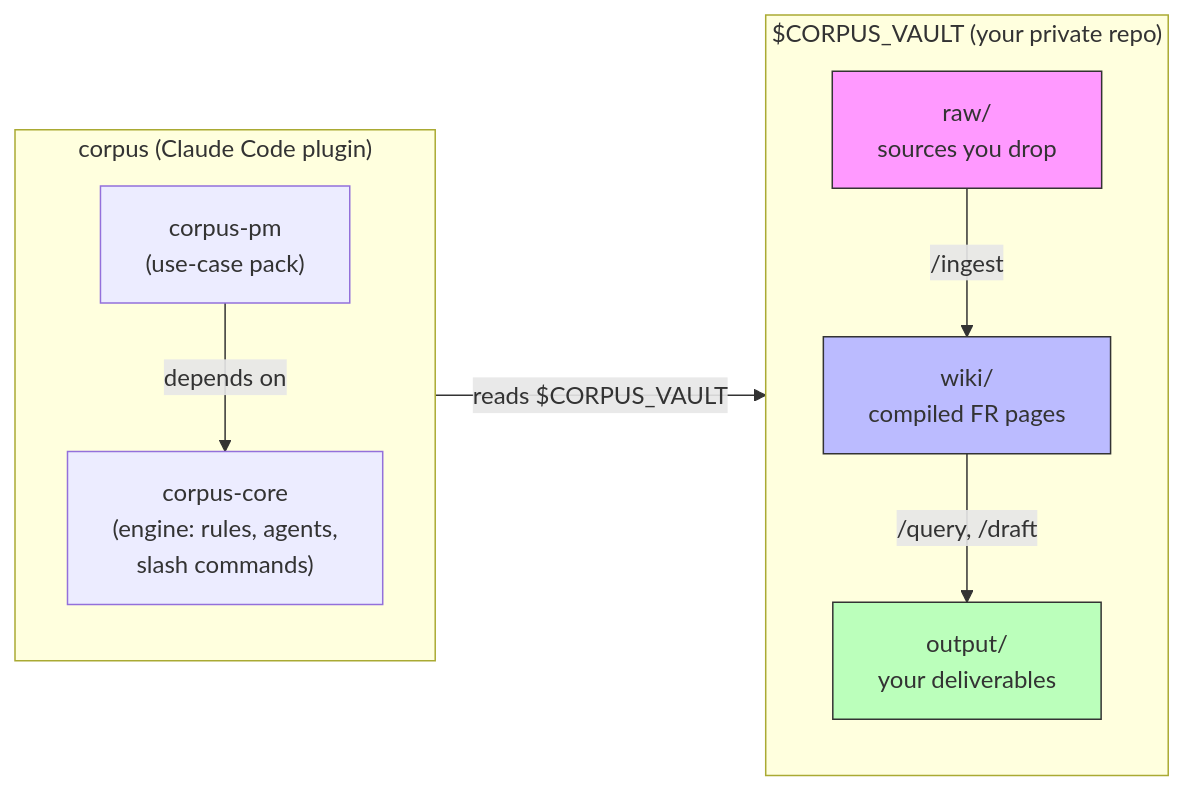
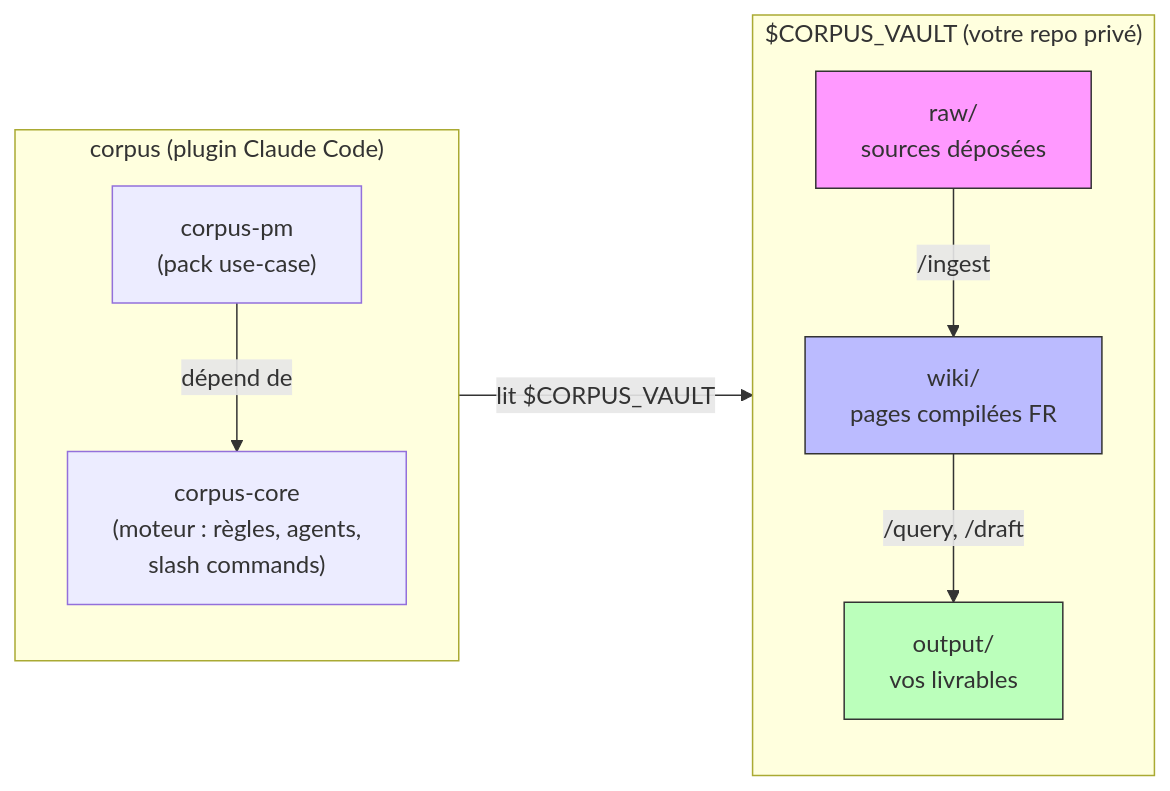
Before and after one commit to evb87-tech/corpus: the diagram in README.md, drawn with Mermaid. The commit also changed other lines of this file, not shown here.

````diff
--- a/README.md
+++ b/README.md
@@ -29,22 +14,22 @@
 ```mermaid
 flowchart LR
-    subgraph plugin["corpus (Claude Code plugin)"]
-        core["corpus-core<br/>(engine: rules, agents,<br/>slash commands)"]
-        pm["corpus-pm<br/>(use-case pack)"]
-        pm -- "depends on" --> core
+    subgraph plugin["corpus (plugin Claude Code)"]
+        core["corpus-core<br/>(moteur : règles, agents,<br/>slash commands)"]
+        pm["corpus-pm<br/>(pack use-case)"]
+        pm -- "dépend de" --> core
     end
 
-    subgraph vault["$CORPUS_VAULT (your private repo)"]
-        raw["raw/<br/>sources you drop"]
-        wiki["wiki/<br/>compiled FR pages"]
-        output["output/<br/>your deliverables"]
+    subgraph vault["$CORPUS_VAULT (votre repo privé)"]
+        raw["raw/<br/>sources déposées"]
+        wiki["wiki/<br/>pages compilées FR"]
+        output["output/<br/>vos livrables"]
         raw -- "/ingest" --> wiki
         wiki -- "/query, /draft" --> output
     end
 
-    plugin -- "reads $CORPUS_VAULT" --> vault
+    plugin -- "lit $CORPUS_VAULT" --> vault
 
     style raw fill:#f9f,stroke:#333
     style wiki fill:#bbf,stroke:#333
     style output fill:#bfb,stroke:#333
 ```
````
